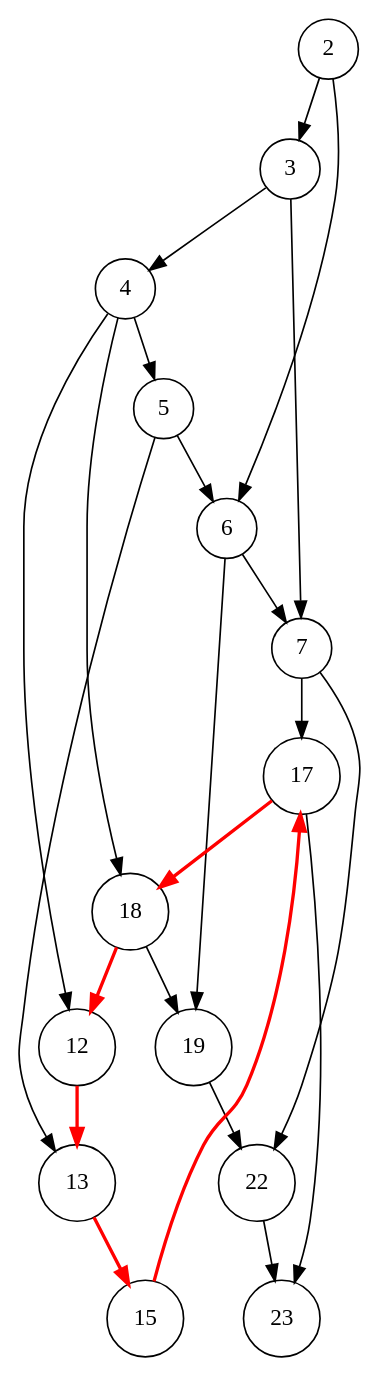
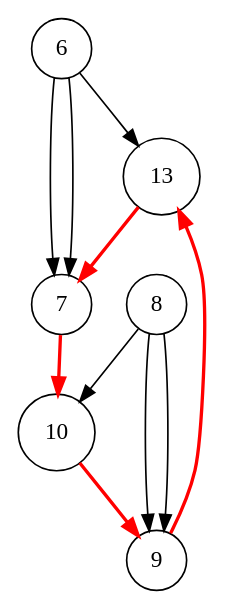
One commit to gintskk/execution-log-parser changed the diagram in execution_8.dot. Above: the diagram before and after it, drawn with Graphviz. The commit also changed 19 other files, not shown here.

```diff
--- a/execution_8.dot
+++ b/execution_8.dot
@@ -1,26 +1,14 @@
 digraph execution {
   node [shape=circle];
-  19 -> 22;
-  13 -> 15 [color=red, penwidth=2.0];
-  22 -> 23;
-  5 -> 6;
-  5 -> 13;
-  3 -> 4;
-  3 -> 7;
-  7 -> 22;
-  7 -> 17;
-  18 -> 19;
-  18 -> 12 [color=red, penwidth=2.0];
-  2 -> 3;
-  2 -> 6;
-  12 -> 13 [color=red, penwidth=2.0];
+  13 -> 7 [color=red, penwidth=2.0];
+  10 -> 9 [color=red, penwidth=2.0];
+  7 -> 10 [color=red, penwidth=2.0];
   6 -> 7;
-  6 -> 19;
-  17 -> 18 [color=red, penwidth=2.0];
-  17 -> 23;
-  4 -> 5;
-  4 -> 18;
-  4 -> 12;
-  15 -> 17 [color=red, penwidth=2.0];
-  {node [style=filled, fillcolor=lightpink] 13 15 17 18 12 13 }
+  6 -> 13;
+  6 -> 7;
+  9 -> 13 [color=red, penwidth=2.0];
+  8 -> 9;
+  8 -> 10;
+  8 -> 9;
+  {node [style=filled, fillcolor=lightpink] 13 7 10 9 13 }
 }
```
